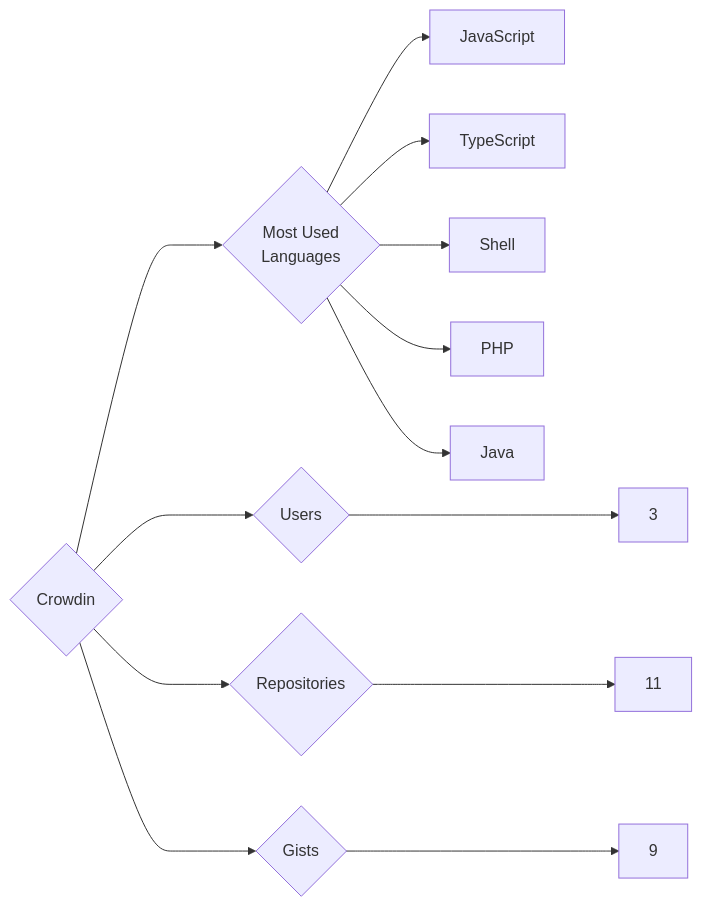
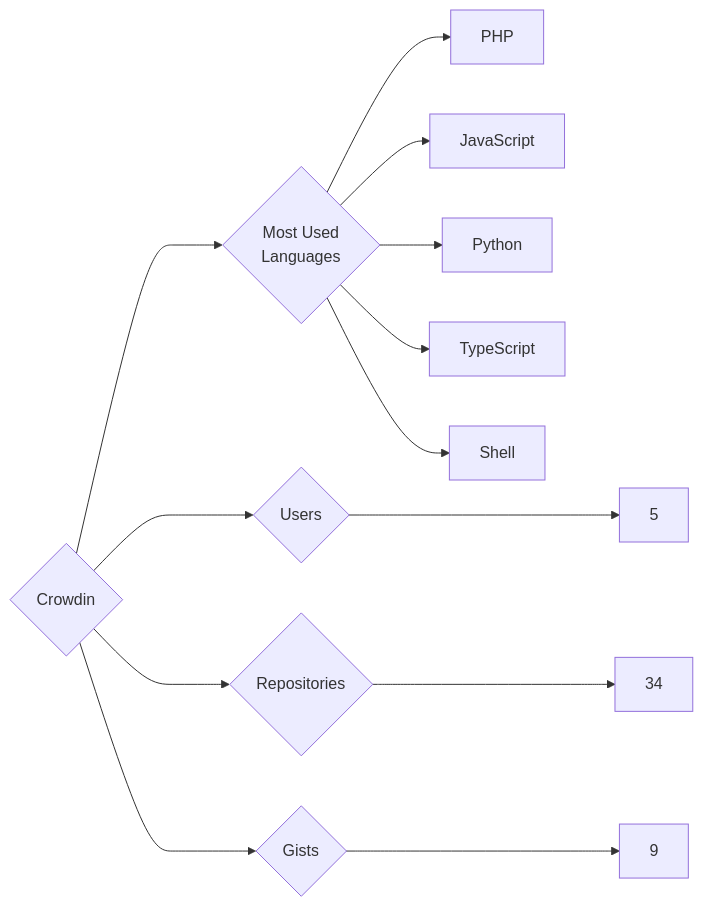
One commit to trickest/insiders changed the diagram in targets/Crowdin/README.md. Above: the diagram before and after it, drawn with Mermaid. The commit also changed 777 other files, not shown here.

````diff
--- a/targets/Crowdin/README.md
+++ b/targets/Crowdin/README.md
@@ -3,13 +3,13 @@
 ```mermaid
 graph LR
 COMPANY_NAME{Crowdin}
-COMPANY_NAME ---> U{Users} ---> UN[3]
-COMPANY_NAME ---> R{Repositories} ---> RN[11]
+COMPANY_NAME ---> U{Users} ---> UN[5]
+COMPANY_NAME ---> R{Repositories} ---> RN[34]
 COMPANY_NAME ---> G{Gists} ---> GN[9]
 COMPANY_NAME ---> ML{Most Used<br>Languages}
+ML --> PHP[PHP]
 ML --> JavaScript[JavaScript]
+ML --> Python[Python]
 ML --> TypeScript[TypeScript]
 ML --> Shell[Shell]
-ML --> PHP[PHP]
-ML --> Java[Java]
 ```
````
